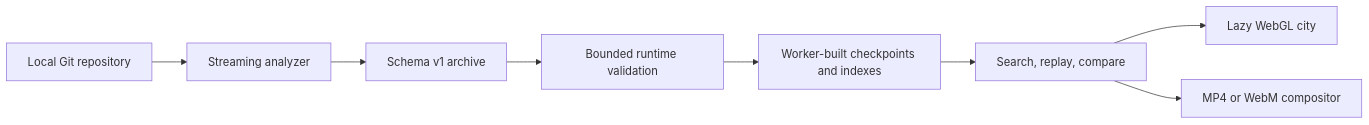
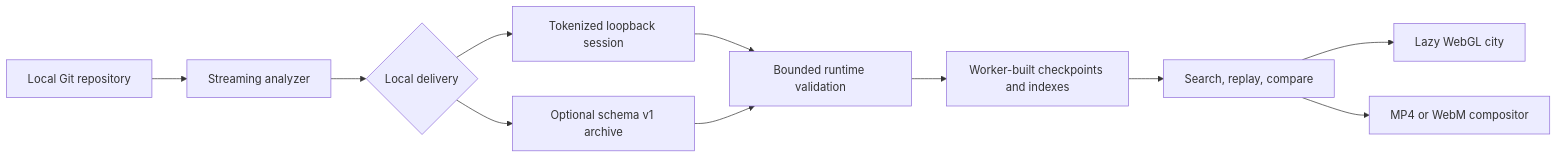
Before and after one commit to OthmaneBlial/RepoRewind: the diagram in README.md, drawn with Mermaid. The commit also changed other lines of this file and 13 other files, not shown here.

````diff
--- a/README.md
+++ b/README.md
@@ -118,10 +139,13 @@
 ```mermaid
 flowchart LR
   Git[Local Git repository] --> CLI[Streaming analyzer]
-  CLI --> JSON[Schema v1 archive]
+  CLI --> Delivery{Local delivery}
+  Delivery --> Session[Tokenized loopback session]
+  Delivery --> JSON[Optional schema v1 archive]
+  Session --> Validate[Bounded runtime validation]
   JSON --> Validate[Bounded runtime validation]
   Validate --> Worker[Worker-built checkpoints and indexes]
   Worker --> Explore[Search, replay, compare]
   Explore --> City[Lazy WebGL city]
   Explore --> Film[MP4 or WebM compositor]
 ```
````
